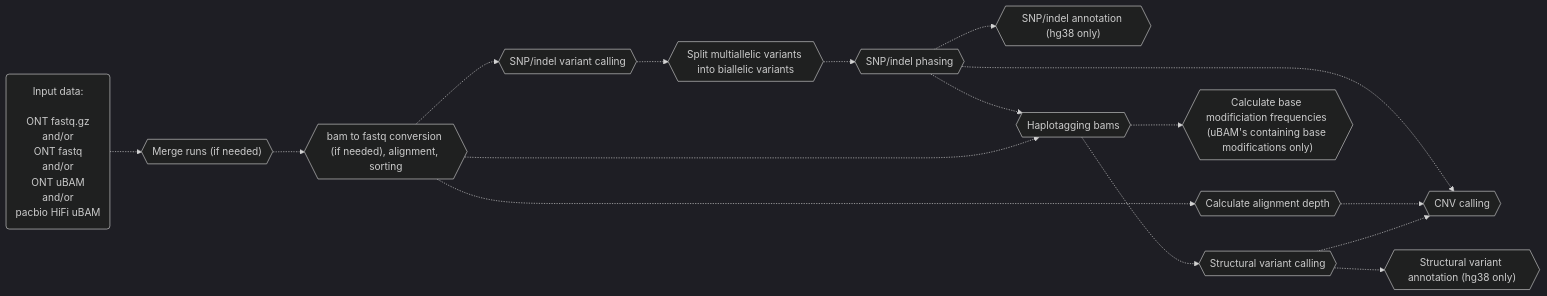
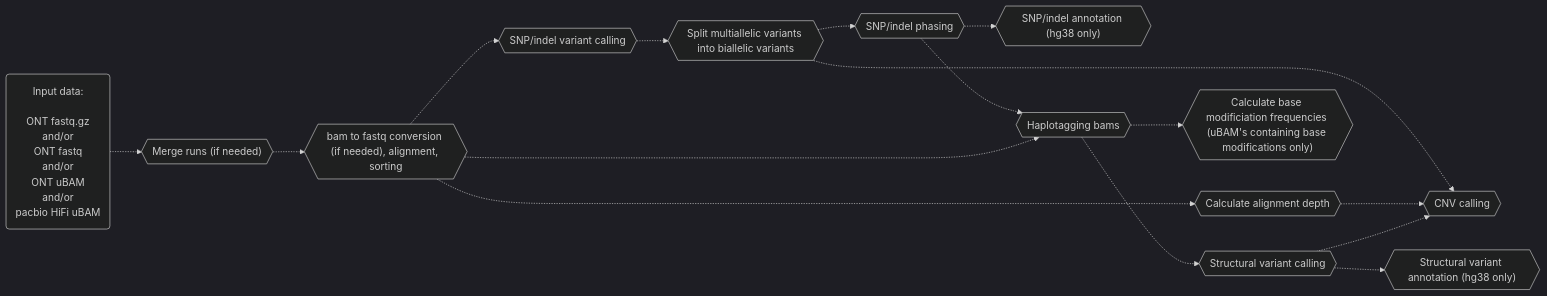
One commit to leahkemp/pipeface changed the first of 3 diagrams in README.md. Above: the diagram before and after it, drawn with Mermaid. The commit also changed other lines of this file, not shown here.

````diff
--- a/README.md
+++ b/README.md
@@ -18,28 +18,28 @@
 ```mermaid
 %%{init: {'theme':'dark'}}%%
 flowchart LR
 
 input_data("Input data: <br><br> ONT fastq.gz <br> and/or <br> ONT fastq <br> and/or <br> ONT uBAM <br> and/or <br> pacbio HiFi uBAM")
 merging{{"Merge runs (if needed)"}}
 alignment{{"bam to fastq conversion (if needed), alignment, sorting"}}
 depth{{"Calculate alignment depth"}}
 snp_indel_calling{{"SNP/indel variant calling"}}
 split_multiallele{{"Split multiallelic variants into biallelic variants"}}
 snp_indel_phasing{{"SNP/indel phasing"}}
 snp_indel_annotation{{"SNP/indel annotation (hg38 only)"}}
 haplotagging{{"Haplotagging bams"}}
 calculate_base_mod_freqs{{"Calculate base modificiation frequencies (uBAM's containing base modifications only)"}}
 cnv_calling{{"CNV calling"}}
 sv_calling{{"Structural variant calling"}}
 sv_annotation{{"Structural variant annotation (hg38 only)"}}
 
 input_data-.->merging-.->alignment-.->snp_indel_calling-.->split_multiallele-.->snp_indel_phasing-.->haplotagging-.->sv_calling
 alignment-.->depth
 alignment-.->haplotagging
 haplotagging-.->calculate_base_mod_freqs
-snp_indel_phasing-.->cnv_calling
+split_multiallele-.->cnv_calling
 depth-.->cnv_calling
 sv_calling-.->cnv_calling
 snp_indel_phasing-.->snp_indel_annotation
 sv_calling-.->sv_annotation
 ```
````
